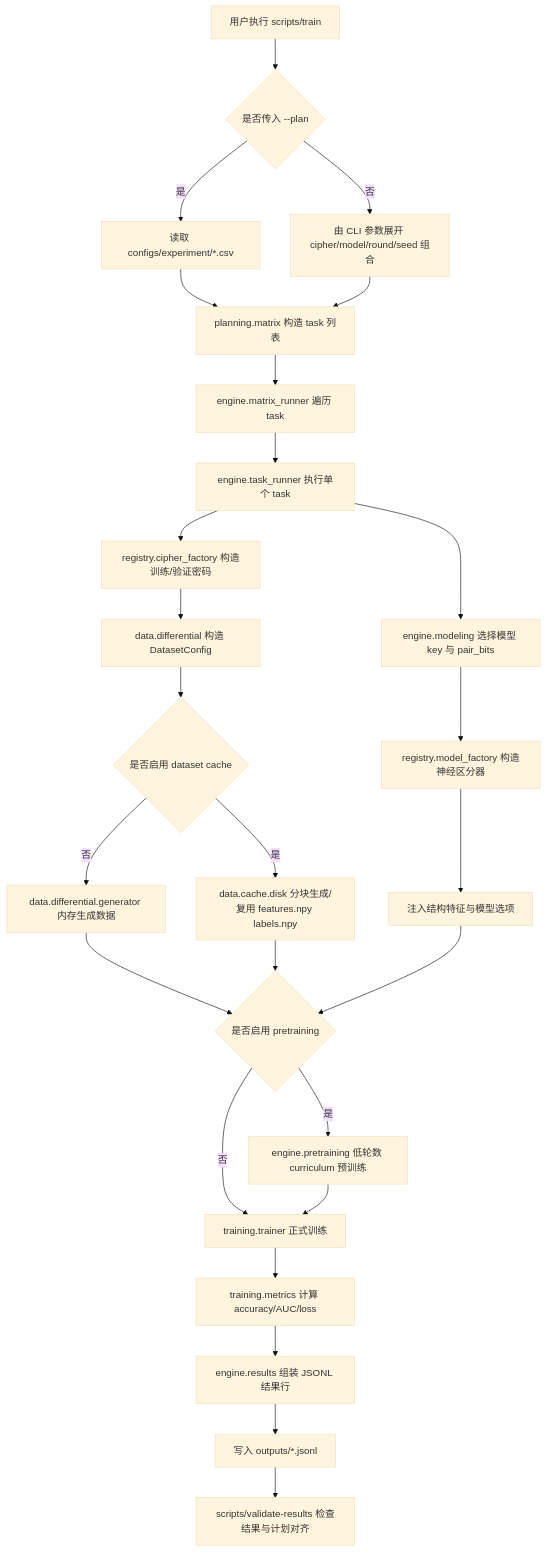
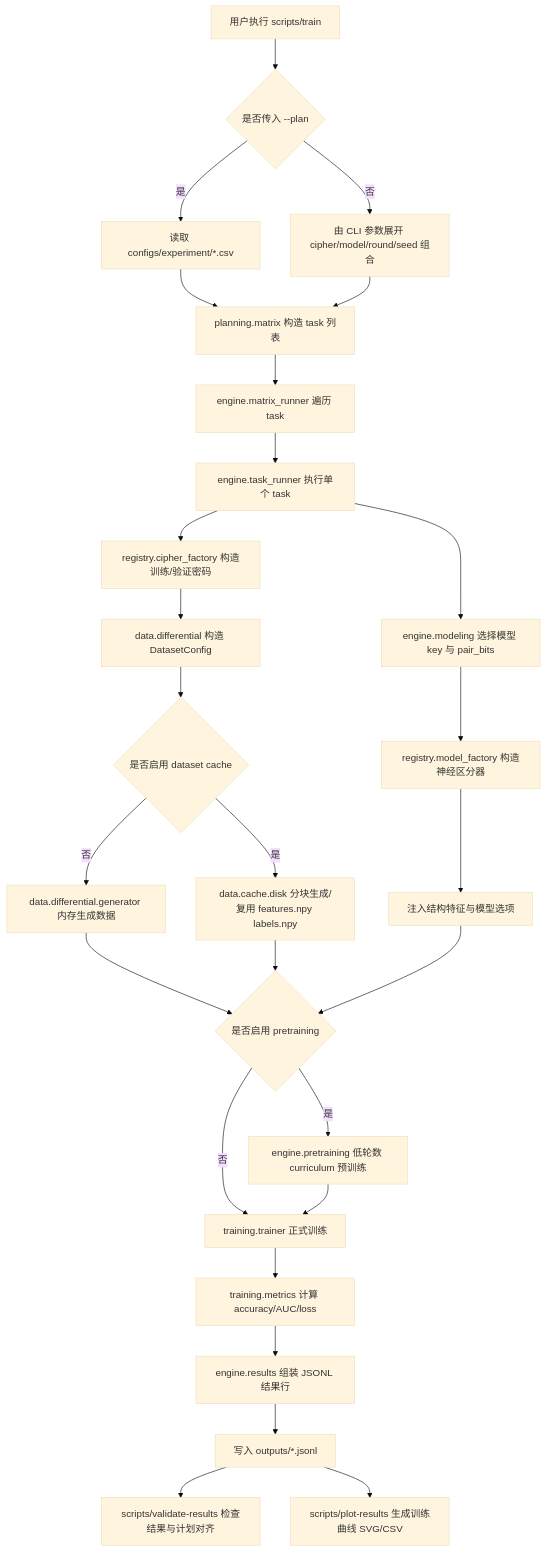
One commit to swordfate3/blockcipher-structure-adaptive-nd-v1 changed the diagram in README.md. Above: the diagram before and after it, drawn with Mermaid (base theme). The commit also changed other lines of this file and 8 other files, not shown here.

````diff
--- a/README.md
+++ b/README.md
@@ -135,33 +136,34 @@
 ```mermaid
 flowchart TD
     A[用户执行 scripts/train] --> B{是否传入 --plan}
     B -->|是| C[读取 configs/experiment/*.csv]
     B -->|否| D[由 CLI 参数展开 cipher/model/round/seed 组合]
     C --> E[planning.matrix 构造 task 列表]
     D --> E
 
     E --> F[engine.matrix_runner 遍历 task]
     F --> G[engine.task_runner 执行单个 task]
 
     G --> H[registry.cipher_factory 构造训练/验证密码]
     G --> I[engine.modeling 选择模型 key 与 pair_bits]
     H --> J[data.differential 构造 DatasetConfig]
     J --> K{是否启用 dataset cache}
     K -->|否| L[data.differential.generator 内存生成数据]
     K -->|是| M[data.cache.disk 分块生成/复用 features.npy labels.npy]
 
     I --> N[registry.model_factory 构造神经区分器]
     N --> O[注入结构特征与模型选项]
     L --> P{是否启用 pretraining}
     M --> P
     O --> P
 
     P -->|是| Q[engine.pretraining 低轮数 curriculum 预训练]
     P -->|否| R[training.trainer 正式训练]
     Q --> R
 
     R --> S[training.metrics 计算 accuracy/AUC/loss]
     S --> T[engine.results 组装 JSONL 结果行]
     T --> U[写入 outputs/*.jsonl]
     U --> V[scripts/validate-results 检查结果与计划对齐]
+    U --> W[scripts/plot-results 生成训练曲线 SVG/CSV]
 ```
````
